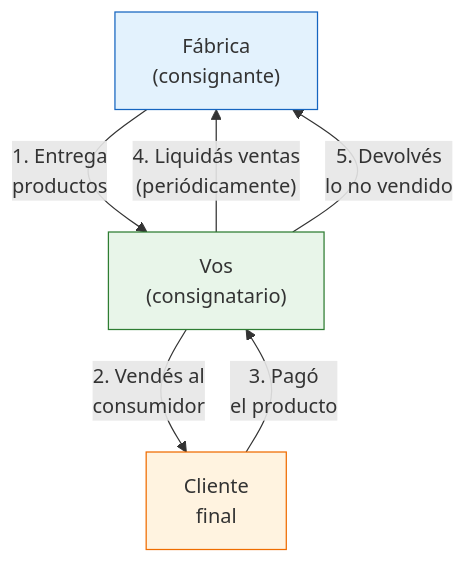
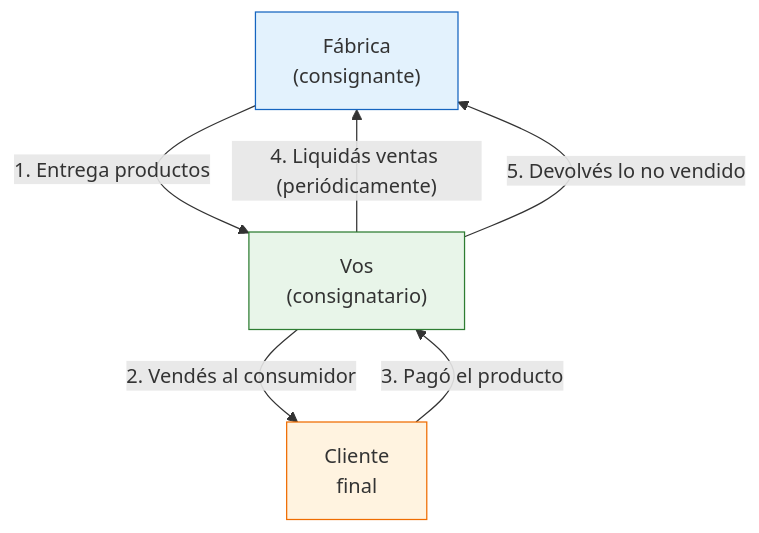
One commit to barrosignacioezequiel-coder/docs changed the diagram in app/paso1-argentina/empezar-de-cero/consignacion.mdx. Above: the diagram before and after it, drawn with Mermaid. The commit also changed 10 other files, not shown here.

First line of the commit message:
fix: remove <br/> from Mermaid edge labels causing list errors

````diff
--- a/app/paso1-argentina/empezar-de-cero/consignacion.mdx
+++ b/app/paso1-argentina/empezar-de-cero/consignacion.mdx
@@ -15,12 +15,12 @@
 ```mermaid
 graph TD
-    A["Fábrica<br/>(consignante)"] -->|"1. Entrega<br/>productos"| B["Vos<br/>(consignatario)"]
-    B -->|"2. Vendés al<br/>consumidor"| C["Cliente<br/>final"]
-    C -->|"3. Pagó<br/>el producto"| B
-    B -->|"4. Liquidás ventas<br/>(periódicamente)"| A
-    B -->|"5. Devolvés<br/>lo no vendido"| A
+    A["Fábrica<br/>(consignante)"] -->|"1. Entrega productos"| B["Vos<br/>(consignatario)"]
+    B -->|"2. Vendés al consumidor"| C["Cliente<br/>final"]
+    C -->|"3. Pagó el producto"| B
+    B -->|"4. Liquidás ventas (periódicamente)"| A
+    B -->|"5. Devolvés lo no vendido"| A
 
     style A fill:#e3f2fd,stroke:#1565c0
     style B fill:#e8f5e9,stroke:#2e7d32
     style C fill:#fff3e0,stroke:#ef6c00
 ```
````
